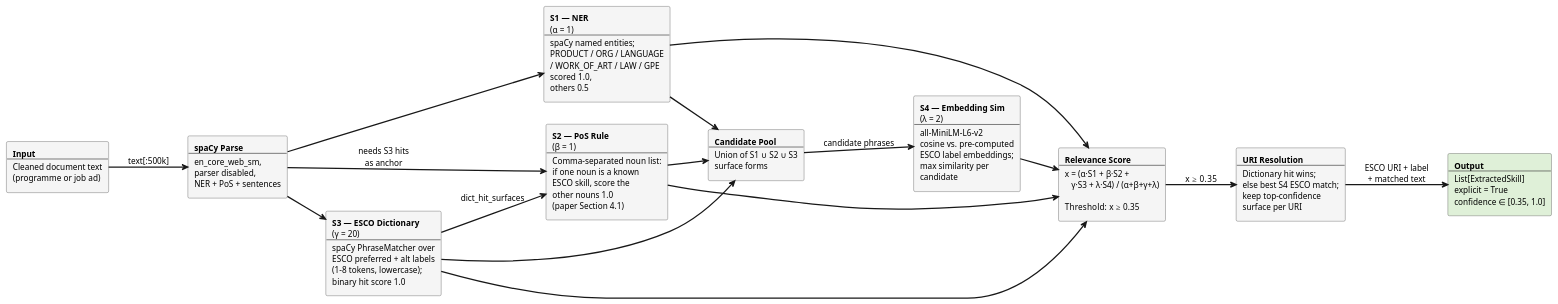
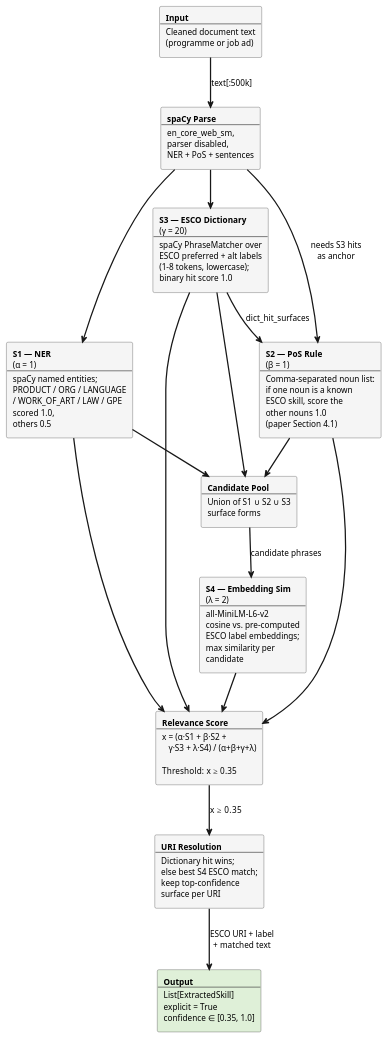
One commit to marustas/MASTER-THESIS-SM changed the diagram in diagrams/fig_skill_extraction_explicit.puml. Above: the diagram before and after it, drawn with PlantUML. The commit also changed 1 other file, not shown here.

Commit message:
feat(SkillExtraction): switch diagrams to vertical layout for slides

```diff
--- a/diagrams/fig_skill_extraction_explicit.puml
+++ b/diagrams/fig_skill_extraction_explicit.puml
@@ -1,48 +1,48 @@
 @startuml skill_extraction_explicit
-left to right direction
+top to bottom direction
 skinparam shadowing false
 skinparam componentStyle rectangle
 skinparam ArrowThickness 2
 skinparam defaultFontSize 13
 skinparam component {
     BackgroundColor #F5F5F5
     BorderColor #333333
 }
 
 component "**Input**\n---\nCleaned document text\n(programme or job ad)" as IN
 
 component "**spaCy Parse**\n---\nen_core_web_sm,\nparser disabled,\nNER + PoS + sentences" as NLP
 
 component "**S1 — NER**\n(α = 1)\n---\nspaCy named entities;\nPRODUCT / ORG / LANGUAGE\n/ WORK_OF_ART / LAW / GPE\nscored 1.0,\nothers 0.5" as S1
 
 component "**S2 — PoS Rule**\n(β = 1)\n---\nComma-separated noun list:\nif one noun is a known\nESCO skill, score the\nother nouns 1.0\n(paper Section 4.1)" as S2
 
 component "**S3 — ESCO Dictionary**\n(γ = 20)\n---\nspaCy PhraseMatcher over\nESCO preferred + alt labels\n(1–8 tokens, lowercase);\nbinary hit score 1.0" as S3
 
 component "**S4 — Embedding Sim**\n(λ = 2)\n---\nall-MiniLM-L6-v2\ncosine vs. pre-computed\nESCO label embeddings;\nmax similarity per\ncandidate" as S4
 
 component "**Candidate Pool**\n---\nUnion of S1 ∪ S2 ∪ S3\nsurface forms" as POOL
 
 component "**Relevance Score**\n---\nx = (α·S1 + β·S2 +\n   γ·S3 + λ·S4) / (α+β+γ+λ)\n\nThreshold: x ≥ 0.35" as REL
 
 component "**URI Resolution**\n---\nDictionary hit wins;\nelse best S4 ESCO match;\nkeep top-confidence\nsurface per URI" as RES
 
 component "**Output**\n---\nList[ExtractedSkill]\nexplicit = True\nconfidence ∈ [0.35, 1.0]" as OUT #DFF0D8
 
 IN --> NLP : text[:500k]
 NLP --> S1
 NLP --> S2 : needs S3 hits\nas anchor
 NLP --> S3
 S3 --> S2 : dict_hit_surfaces
 S1 --> POOL
 S2 --> POOL
 S3 --> POOL
 POOL --> S4 : candidate phrases
 S1 --> REL
 S2 --> REL
 S3 --> REL
 S4 --> REL
 REL --> RES : x ≥ 0.35
 RES --> OUT : ESCO URI + label\n+ matched text
 
 @enduml
```
